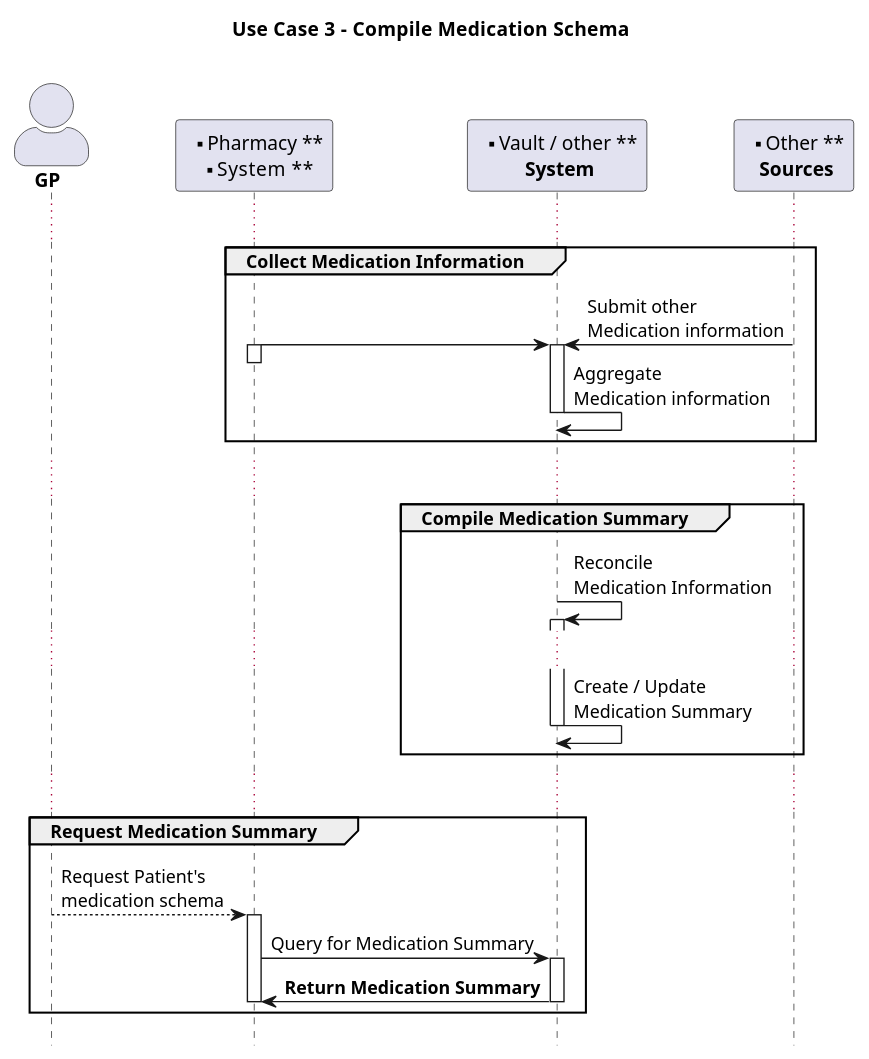
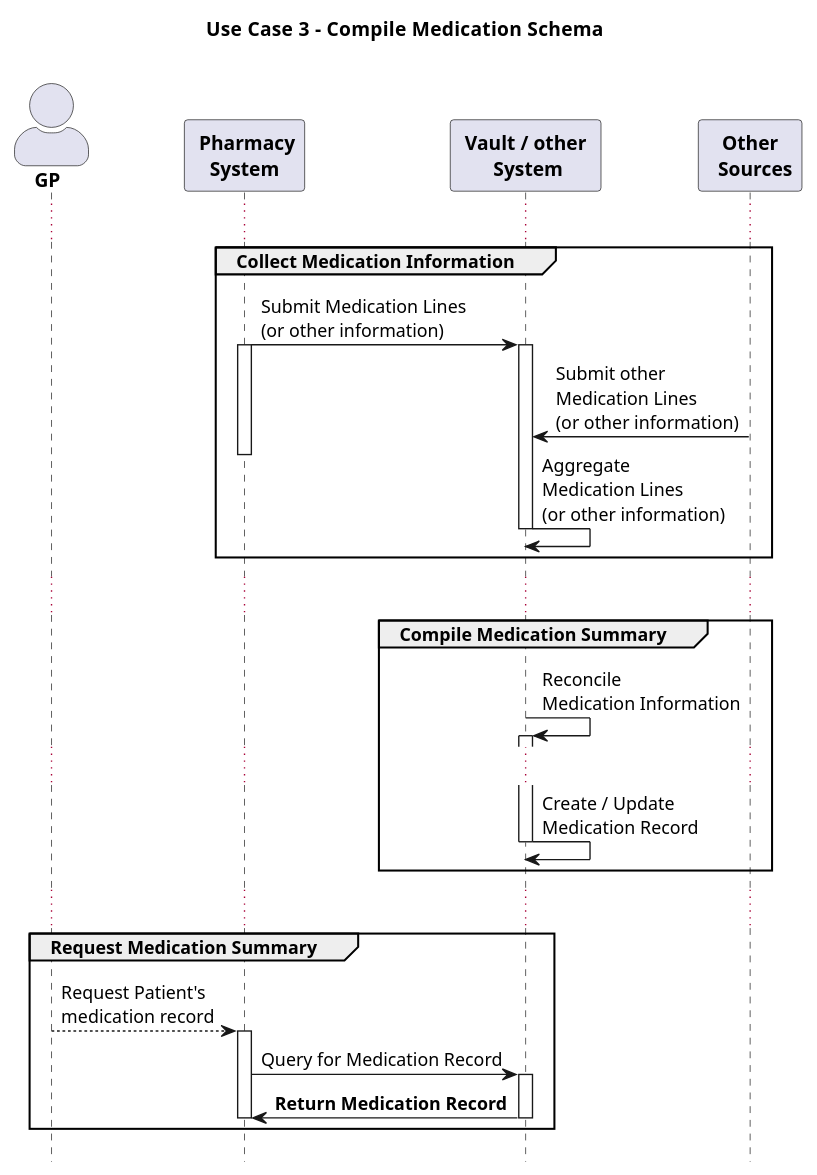
Before and after one commit to hl7-be/medication: the diagram in input/images-source/usecase-medicationschema-3.plantuml, drawn with PlantUML. The commit also changed 9 other files, not shown here.

Commit message:
cleanup pages and schemas

```diff
--- a/input/images-source/usecase-medicationschema-3.plantuml
+++ b/input/images-source/usecase-medicationschema-3.plantuml
@@ -1,50 +1,50 @@
 @startuml
 title Use Case 3  -  Compile Medication Schema \n
 skinparam actorStyle awesome
 !pragma teoz true
 hide footbox
 
 '!include ./style.iuml
 
 'actor "**Patient**" as P
 actor "**GP**" as GP
-Participant "** Pharmacy **\n**  System  **" as PIS
-Participant "** Vault / other **\n **  System  **" as V
-Participant "** Other **\n **  Sources  **" as Src
+Participant " **Pharmacy**\n  **System**  " as PIS
+Participant " **Vault / other **\n  **System** " as V
+Participant " **Other **\n  **Sources**" as Src
 
 ...
 
 group Collect Medication Information
-PIS -> V
+PIS -> V : Submit Medication Lines\n(or other information)
 activate PIS
-& Src -> V : Submit other\nMedication information
 activate V
+Src -> V : Submit other\nMedication Lines \n(or other information)
 deactivate PIS
-V -> V : Aggregate\nMedication information
+V -> V : Aggregate\nMedication Lines\n(or other information)
 deactivate V
 
 end
 ...
 
 group Compile Medication Summary
 V -> V : Reconcile \nMedication Information
 activate V
 ...
-V -> V : Create / Update\nMedication Summary
+V -> V : Create / Update\nMedication Record
 deactivate V
 end
 
 ...
 
 group Request Medication Summary
-GP --> PIS : Request Patient's\nmedication schema 
+GP --> PIS : Request Patient's\nmedication record
 activate PIS
-PIS -> V : Query for Medication Summary
+PIS -> V : Query for Medication Record
 activate V
-PIS <- V : **Return Medication Summary**
+PIS <- V : **Return Medication Record**
 deactivate V
 deactivate PIS
 end
 
 
 @enduml
```
